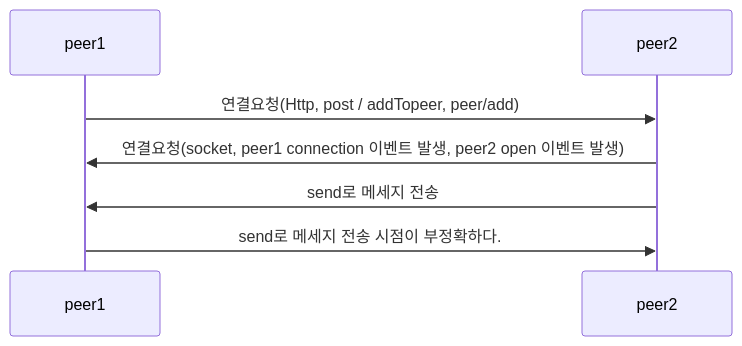
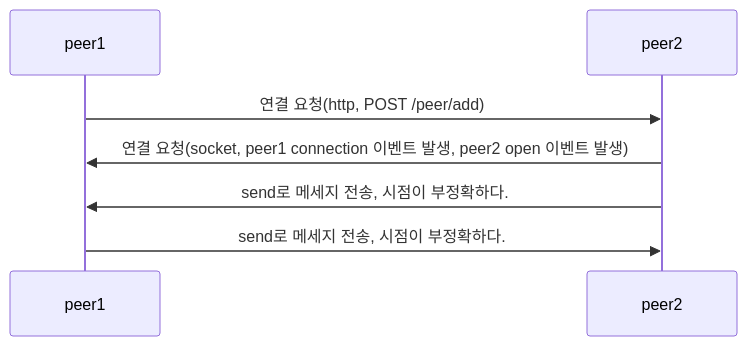
The diagram in day84/blockChain/src/p2p/ReadMe.md (LeeJaeHyekk/blockchain7), drawn with Mermaid before and after one commit. The commit also changed other lines of this file and 78 other files, not shown here.

````diff
--- a/day84/blockChain/src/p2p/ReadMe.md
+++ b/day84/blockChain/src/p2p/ReadMe.md
@@ -7,9 +7,9 @@
 ```mermaid
 sequenceDiagram
 participant peer1
 participant peer2
-peer1 ->>peer2: 연결요청(Http, post / addTopeer, peer/add)
-peer2 ->>peer1 : 연결요청(socket, peer1 connection 이벤트 발생, peer2 open 이벤트 발생)
-peer2 ->>peer1:send로 메세지 전송
-peer1 ->>peer2:send로 메세지 전송 시점이 부정확하다.
+peer1->>peer2:연결 요청(http, POST /peer/add)
+peer2->>peer1:연결 요청(socket, peer1 connection 이벤트 발생, peer2 open 이벤트 발생)
+peer2->>peer1:send로 메세지 전송, 시점이 부정확하다.
+peer1->>peer2:send로 메세지 전송, 시점이 부정확하다.
 ```
````
